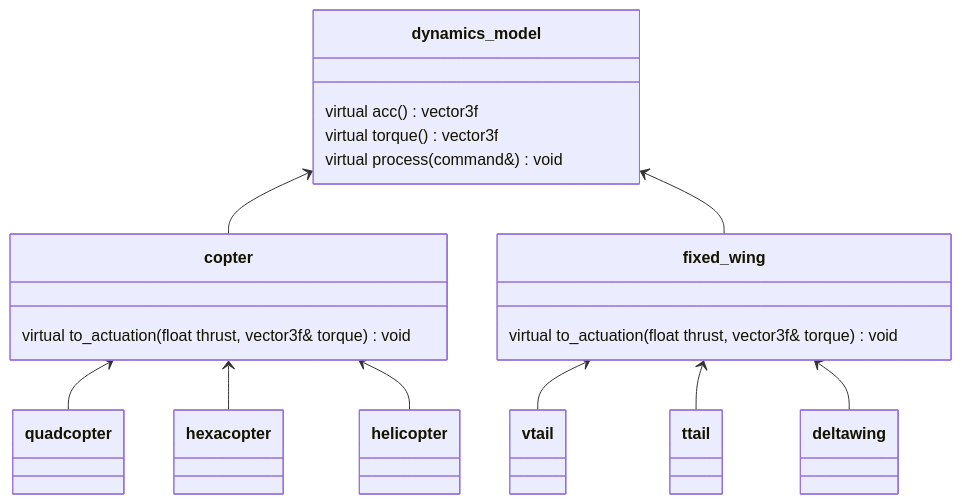
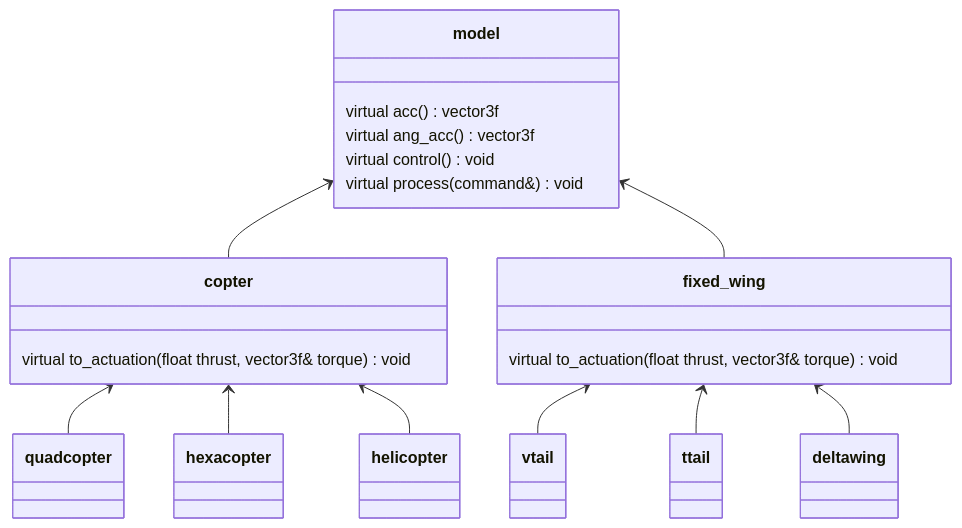
The first of 3 diagrams in Overview.md (terzaterza/minipilot), drawn with Mermaid before and after one commit. The commit also changed other lines of this file and 11 other files, not shown here.

````diff
--- a/Overview.md
+++ b/Overview.md
@@ -14,28 +14,29 @@
 ```mermaid
 classDiagram
 
-class dynamics_model {
+class model {
     virtual acc() vector3f
-    virtual torque() vector3f
+    virtual ang_acc() vector3f
+    virtual control() void
     virtual process(command&) void
 }
 
 class copter {
     virtual to_actuation(float thrust, vector3f& torque) void
 }
 
 class fixed_wing {
     virtual to_actuation(float thrust, vector3f& torque) void
 }
 
-dynamics_model <-- copter
-dynamics_model <-- fixed_wing
+model <-- copter
+model <-- fixed_wing
 
 copter <-- quadcopter
 copter <-- hexacopter
 copter <-- helicopter
 
 fixed_wing <-- vtail
 fixed_wing <-- ttail
 fixed_wing <-- deltawing
 ```
````
